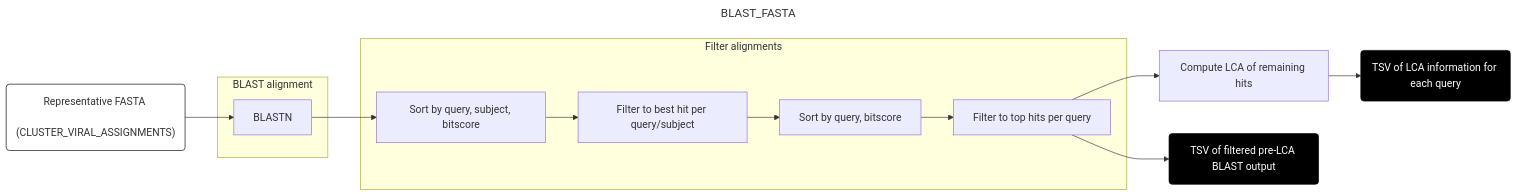
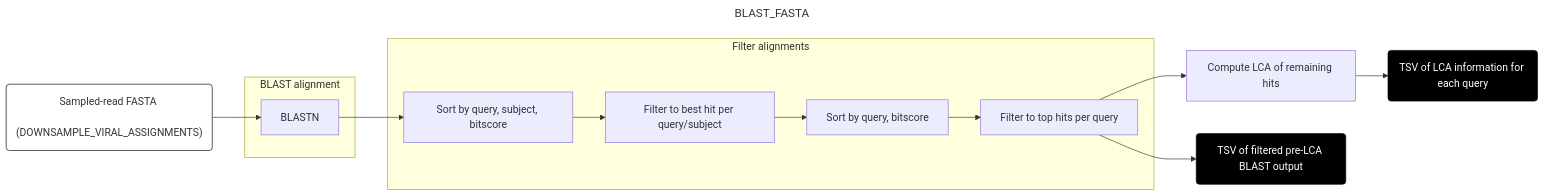
One commit to securebio/nao-mgs-workflow changed the eighth of 10 diagrams in docs/downstream.md. Above: the diagram before and after it, drawn with Mermaid. The commit also changed other lines of this file and 14 other files, not shown here.

First line of the commit message:
Validate a downsampled read subset instead of cluster exemplars (#911)

````diff
--- a/docs/downstream.md
+++ b/docs/downstream.md
@@ -403,28 +406,28 @@
 ```mermaid
 ---
 title: BLAST_FASTA
 config:
   layout: horizontal
 ---
 flowchart LR
-A("Representative FASTA <br> (CLUSTER_VIRAL_ASSIGNMENTS)") --> B[BLASTN]
+A("Sampled-read FASTA <br> (DOWNSAMPLE_VIRAL_ASSIGNMENTS)") --> B[BLASTN]
 B --> C[Sort by query, subject, bitscore]
 C --> D[Filter to best hit per query/subject]
 D --> E[Sort by query, bitscore]
 E --> F[Filter to top hits per query]
 F --> G[Compute LCA of remaining hits]
 G --> H(TSV of LCA information for each query)
 F --> I(TSV of filtered pre-LCA BLAST output)
 subgraph "BLAST alignment"
 B
 end
 subgraph "Filter alignments"
 C
 D
 E
 F
 end
 style A fill:#fff,stroke:#000
 style H fill:#000,color:#fff,stroke:#000
 style I fill:#000,color:#fff,stroke:#000
 ```
````
